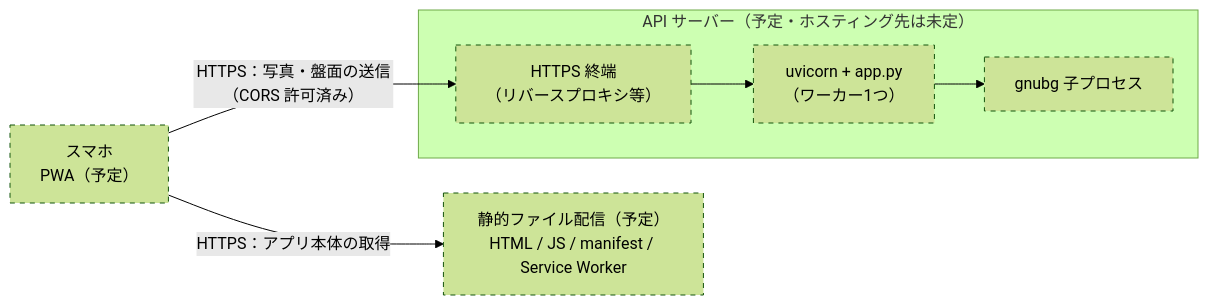
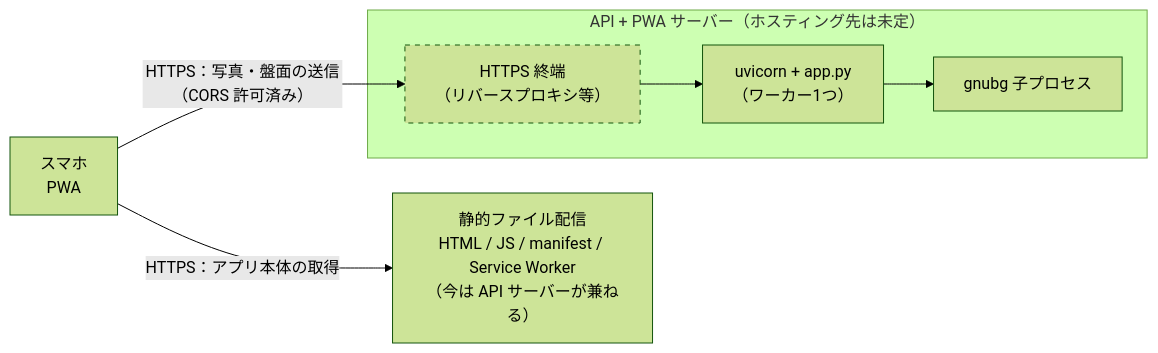
One commit to ytani01/bganalyzer changed the fifth of 5 diagrams in README.md. Above: the diagram before and after it, drawn with Mermaid (forest theme). The commit also changed other lines of this file and 15 other files, not shown here.

````diff
--- a/README.md
+++ b/README.md
@@ -129,17 +138,17 @@
 ```mermaid
 flowchart LR
-    phone["スマホ<br/>PWA（予定）"]
-    static["静的ファイル配信（予定）<br/>HTML / JS / manifest / Service Worker"]
-    subgraph backend["API サーバー（予定・ホスティング先は未定）"]
+    phone["スマホ<br/>PWA"]
+    static["静的ファイル配信<br/>HTML / JS / manifest / Service Worker<br/>（今は API サーバーが兼ねる）"]
+    subgraph backend["API + PWA サーバー（ホスティング先は未定）"]
         tls["HTTPS 終端<br/>（リバースプロキシ等）"]
         uv["uvicorn + app.py<br/>（ワーカー1つ）"]
         child["gnubg 子プロセス"]
         tls --> uv --> child
     end
 
     phone -- "HTTPS：アプリ本体の取得" --> static
     phone -- "HTTPS：写真・盤面の送信（CORS 許可済み）" --> tls
 
     classDef planned stroke-dasharray: 5 5;
-    class phone,static,tls,uv,child planned;
+    class tls planned;
 ```
````
